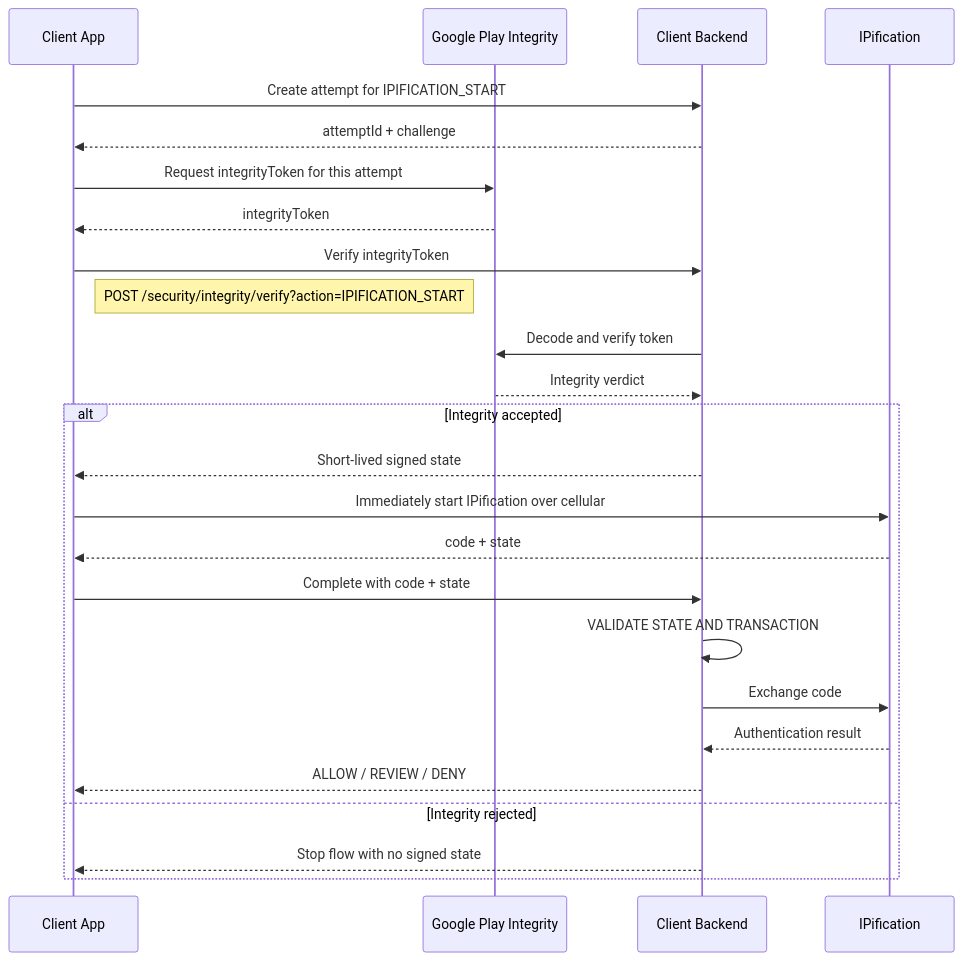
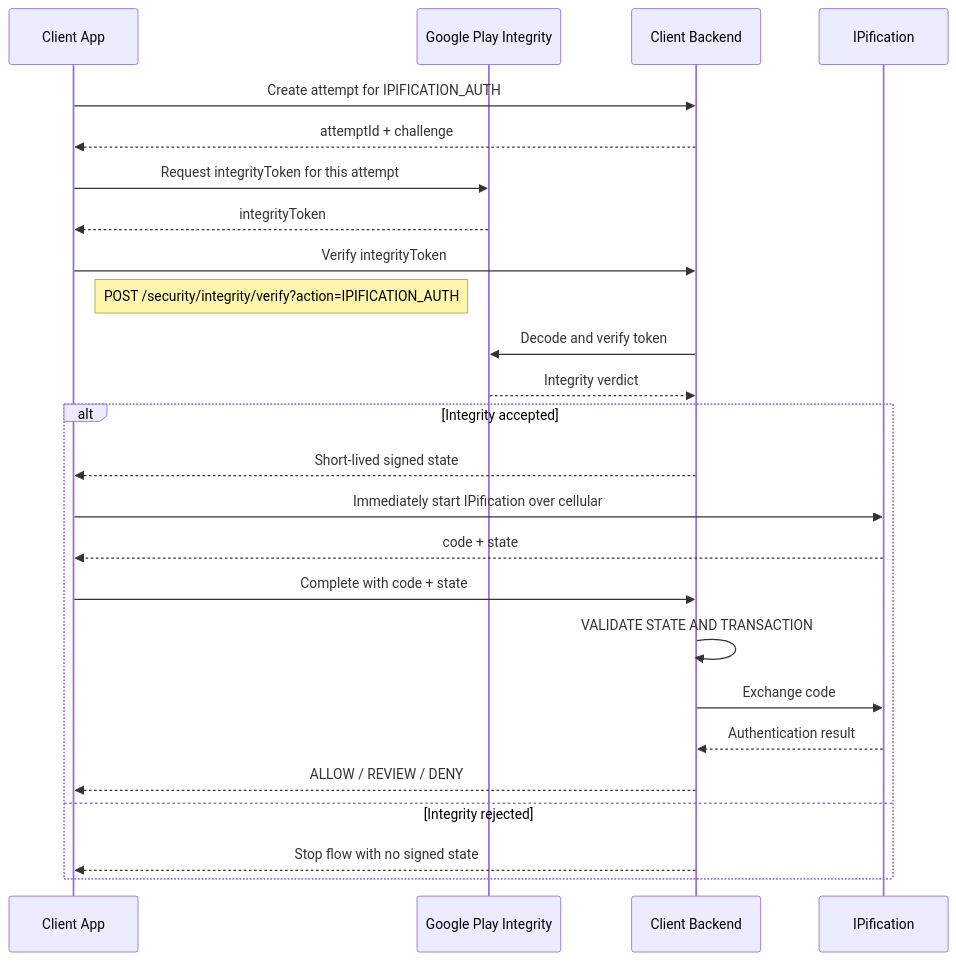
Before and after one commit to bvantagelimited/ipification-mobile-sdk-code-snippet: the diagram in docs/android-play-integrity-ipification.md, drawn with Mermaid. The commit also changed other lines of this file, not shown here.

````diff
--- a/docs/android-play-integrity-ipification.md
+++ b/docs/android-play-integrity-ipification.md
@@ -17,30 +17,30 @@
 ```mermaid
 sequenceDiagram
     participant App as Client App
     participant Google as Google Play Integrity
     participant Backend as Client Backend
     participant IP as IPification
 
-    App->>Backend: Create attempt for IPIFICATION_START
+    App->>Backend: Create attempt for IPIFICATION_AUTH
     Backend-->>App: attemptId + challenge
     App->>Google: Request integrityToken for this attempt
     Google-->>App: integrityToken
 
     App->>Backend: Verify integrityToken
-    Note right of App: POST /security/integrity/verify?action=IPIFICATION_START
+    Note right of App: POST /security/integrity/verify?action=IPIFICATION_AUTH
     Backend->>Google: Decode and verify token
     Google-->>Backend: Integrity verdict
 
     alt Integrity accepted
         Backend-->>App: Short-lived signed state
         App->>IP: Immediately start IPification over cellular
         IP-->>App: code + state
         App->>Backend: Complete with code + state
         Backend->>Backend: VALIDATE STATE AND TRANSACTION
         Backend->>IP: Exchange code
         IP-->>Backend: Authentication result
         Backend-->>App: ALLOW / REVIEW / DENY
     else Integrity rejected
         Backend-->>App: Stop flow with no signed state
     end
 ```
````
